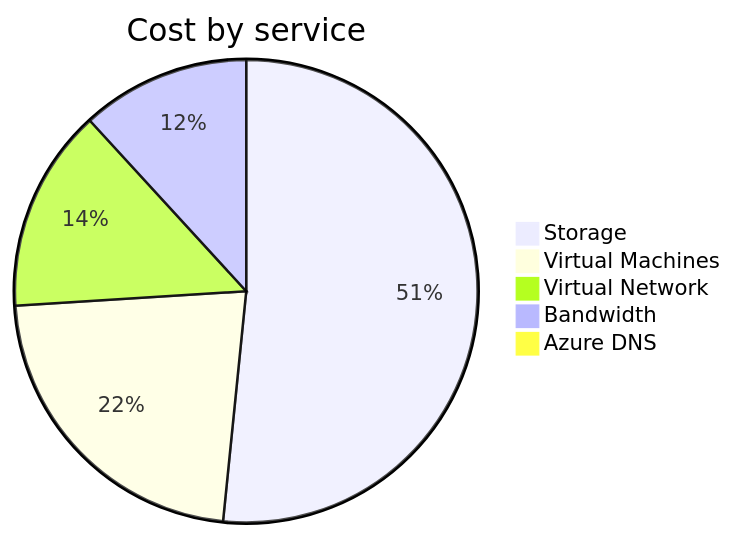
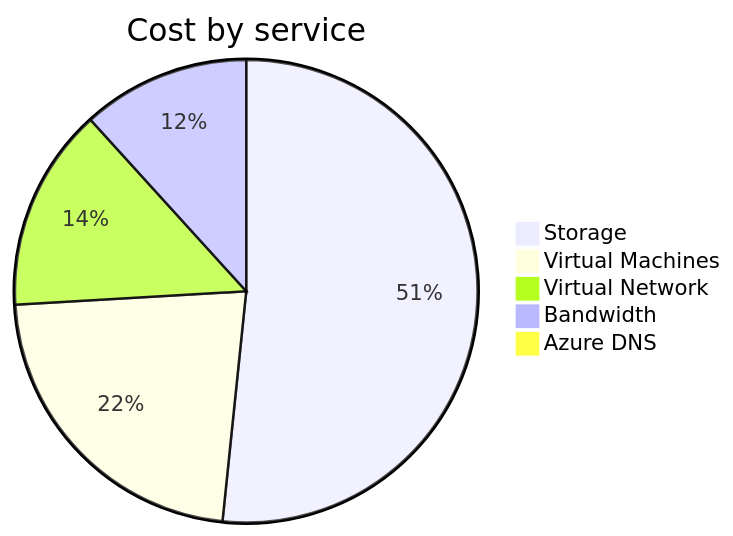
Before and after one commit to jpfulton/azure-personal-reports: the second of 4 diagrams in cost-reports/personal-network/README.md, drawn with Mermaid. The commit also changed other lines of this file and 8 other files, not shown here.

````diff
--- a/cost-reports/personal-network/README.md
+++ b/cost-reports/personal-network/README.md
@@ -97,9 +97,9 @@
 ```mermaid
 pie
    title Cost by service
-   "Storage" : 24.35
-   "Virtual Machines" : 10.57
-   "Virtual Network" : 6.70
-   "Bandwidth" : 5.57
-   "Azure DNS" : 0.45
+   "Storage" : 25.21
+   "Virtual Machines" : 10.95
+   "Virtual Network" : 6.93
+   "Bandwidth" : 5.73
+   "Azure DNS" : 0.47
 ```
````
